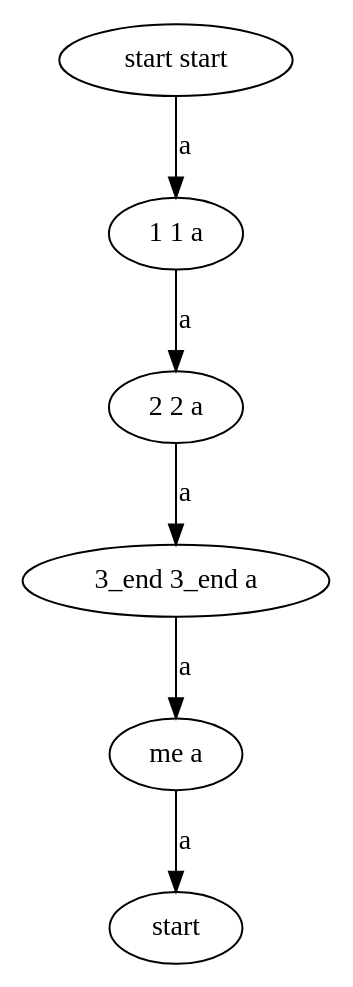
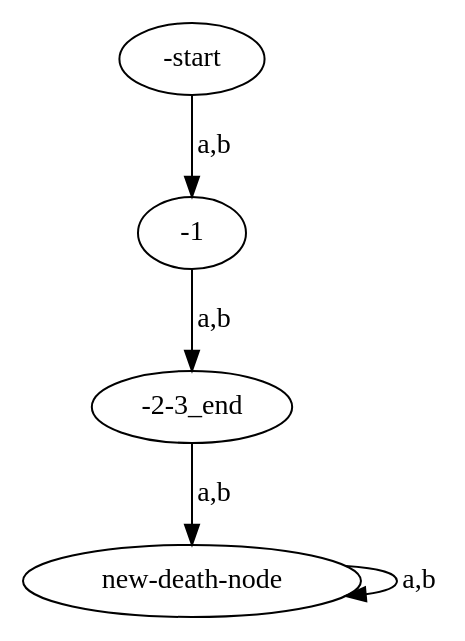
Before and after one commit to Katchau/COMP-AutoAnalyze.Dot: the diagram in lmao3.dot, drawn with Graphviz. The commit also changed 5 other files, not shown here.

```diff
--- a/lmao3.dot
+++ b/lmao3.dot
@@ -1,13 +1,10 @@
 digraph {
-	"start start" ;
-	"1 1 a" ;
-	"2 2 a" ;
-	"3_end 3_end a" ;
-	"me a" ;
-	"start" ;
-	"start start" -> "1 1 a" ["label"="a"];
-	"1 1 a" -> "2 2 a" ["label"="a"];
-	"2 2 a" -> "3_end 3_end a" ["label"="a"];
-	"3_end 3_end a" -> "me a" ["label"="a"];
-	"me a" -> "start" ["label"="a"];
+	"-start" ;
+	"-1" ;
+	"-2-3_end" ;
+	"new-death-node" ;
+	"-start" -> "-1" ["label"="a,b"];
+	"-1" -> "-2-3_end" ["label"="a,b"];
+	"-2-3_end" -> "new-death-node" ["label"="a,b"];
+	"new-death-node" -> "new-death-node" ["label"="a,b"];
 }
```
